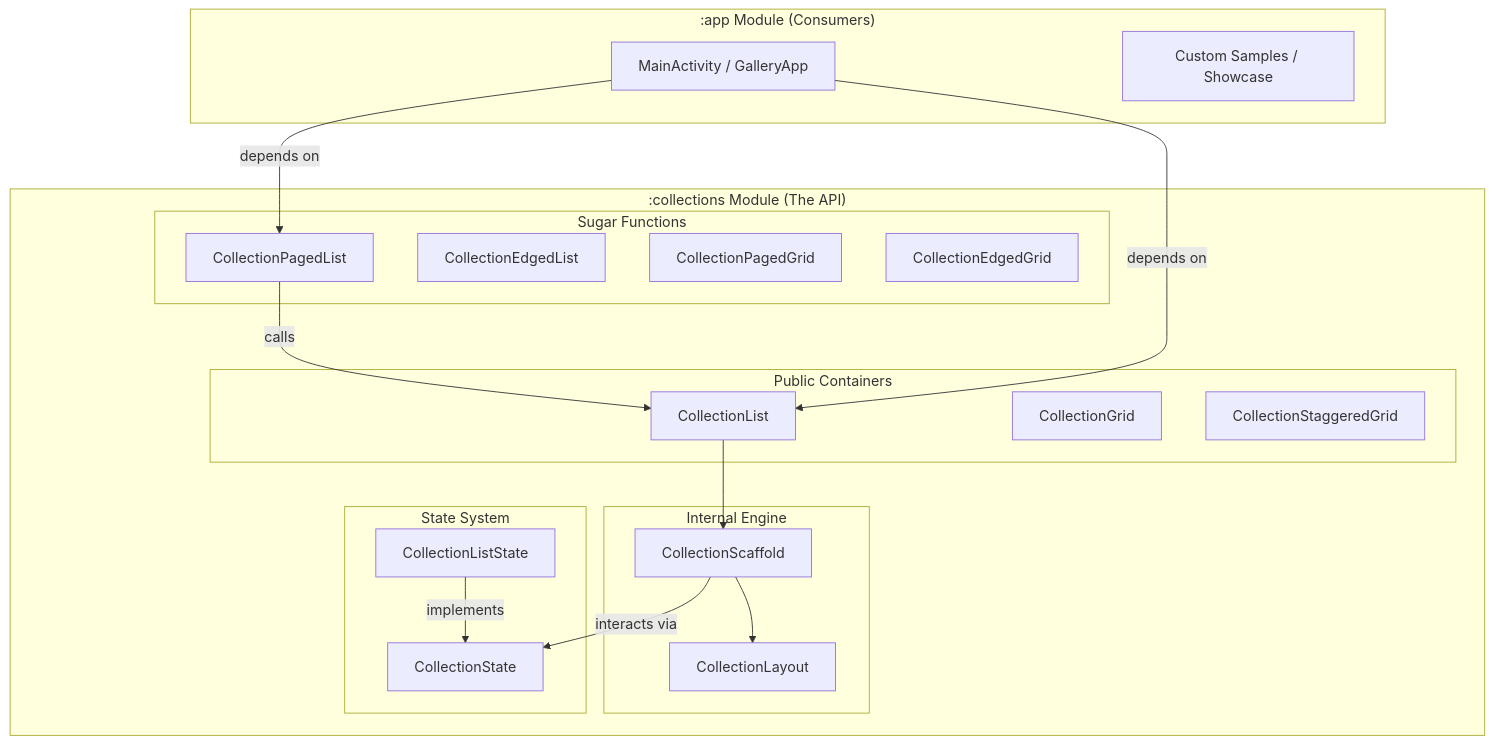
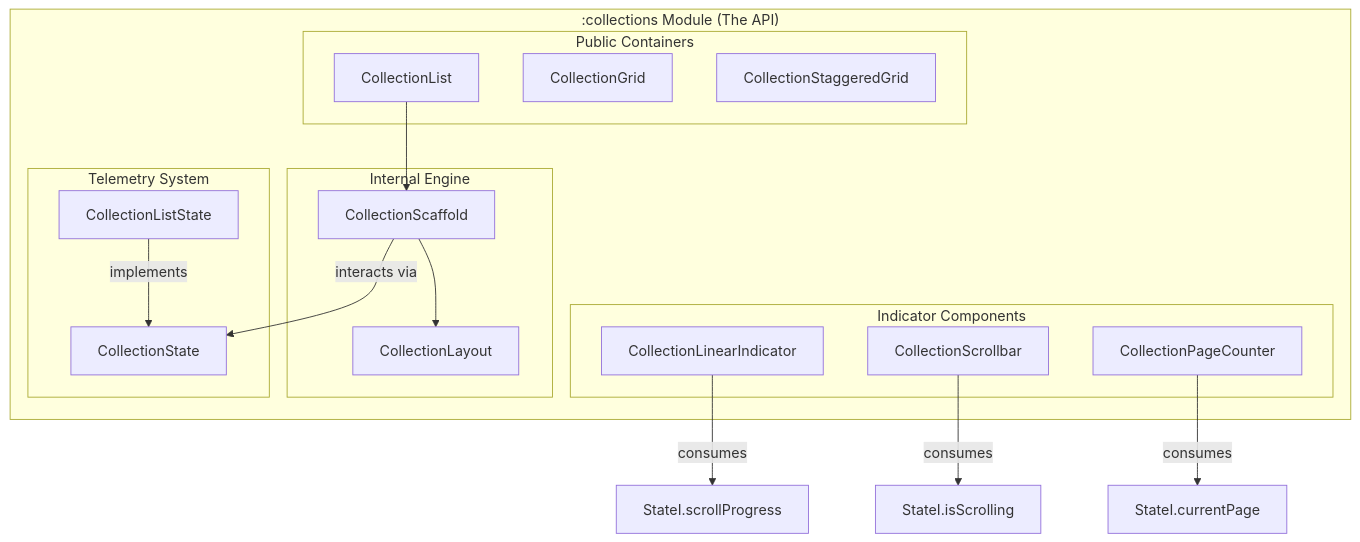
The diagram in collections/docs/API_MAP.md (albertrml/ComposeCollections), drawn with Mermaid before and after one commit. The commit also changed other lines of this file and 28 other files, not shown here.

````diff
--- a/collections/docs/API_MAP.md
+++ b/collections/docs/API_MAP.md
@@ -20,43 +18,37 @@
 ```mermaid
 graph TD
     subgraph ":collections Module (The API)"
         subgraph "Public Containers"
             List[CollectionList]
             Grid[CollectionGrid]
             Stag[CollectionStaggeredGrid]
         end
 
-        subgraph "Sugar Functions"
-            PList[CollectionPagedList]
-            EList[CollectionEdgedList]
-            PGrid[CollectionPagedGrid]
-            EGrid[CollectionEdgedGrid]
+        subgraph "Indicator Components"
+            Linear[CollectionLinearIndicator]
+            Scrollbar[CollectionScrollbar]
+            Counter[CollectionPageCounter]
         end
 
         subgraph "Internal Engine"
             Scaffold[CollectionScaffold]
             Layout[CollectionLayout]
         end
 
-        subgraph "State System"
+        subgraph "Telemetry System"
             StateI[CollectionState]
             StateList[CollectionListState]
         end
     end
 
-    subgraph ":app Module (Consumers)"
-        Gallery[MainActivity / GalleryApp]
-        Samples[Custom Samples / Showcase]
-    end
-
     %% Relationships
-    PList -- calls --> List
     List --> Scaffold
     Scaffold --> Layout
     
-    Gallery -- depends on --> List
-    Gallery -- depends on --> PList
+    Linear -- consumes --> StateI.scrollProgress
+    Scrollbar -- consumes --> StateI.isScrolling
+    Counter -- consumes --> StateI.currentPage
     
     Scaffold -- interacts via --> StateI
     StateList -- implements --> StateI
 ```
````
